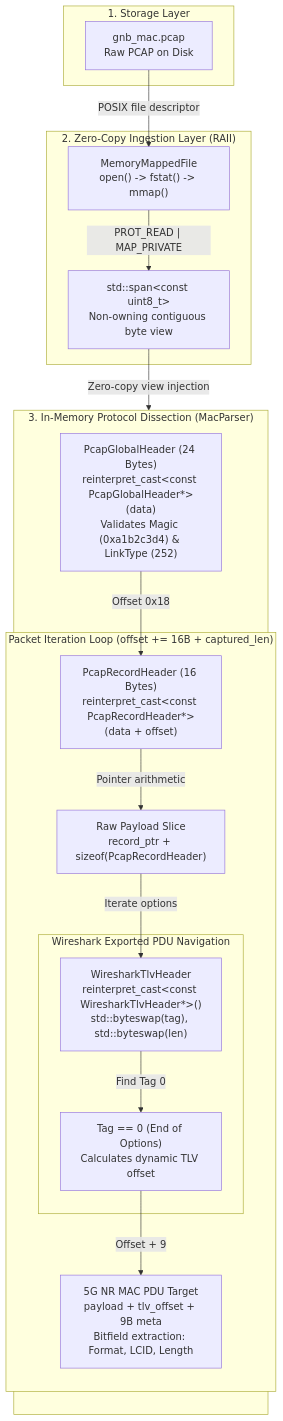
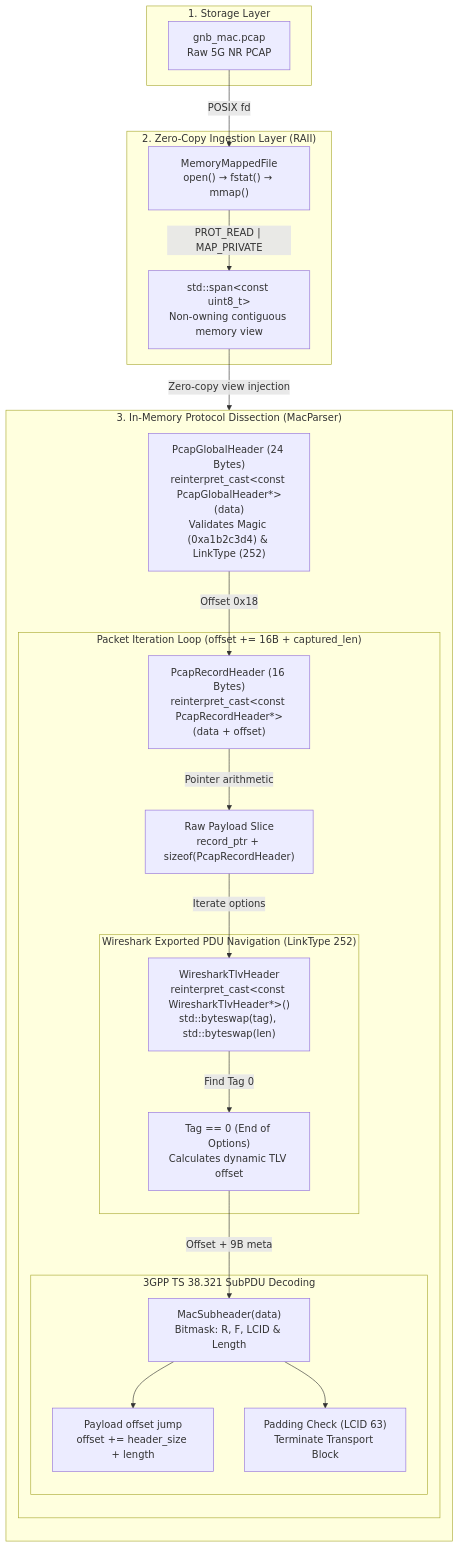
The first of 2 diagrams in README.md (sedatsan/5G_FastPacketParser), drawn with Mermaid before and after one commit. The commit also changed other lines of this file and 2 other files, not shown here.

First line of the commit message:
docs: finalize README with microbenchmarks, GTest, CI and roadmap

````diff
--- a/README.md
+++ b/README.md
@@ -11,37 +34,43 @@
 ```mermaid
 flowchart TD
     subgraph Disk ["1. Storage Layer"]
-        FILE["gnb_mac.pcap<br/>Raw PCAP on Disk"]
+        FILE["gnb_mac.pcap<br/>Raw 5G NR PCAP"]
     end
 
     subgraph Ingestion ["2. Zero-Copy Ingestion Layer (RAII)"]
-        MMF["MemoryMappedFile<br/>open() -> fstat() -> mmap()"]
-        SPAN["std::span&lt;const uint8_t&gt;<br/>Non-owning contiguous byte view"]
+        MMF["MemoryMappedFile<br/>open() &rarr; fstat() &rarr; mmap()"]
+        SPAN["std::span&lt;const uint8_t&gt;<br/>Non-owning contiguous memory view"]
     end
 
     subgraph Parsing ["3. In-Memory Protocol Dissection (MacParser)"]
         direction TB
         GH["PcapGlobalHeader (24 Bytes)<br/>reinterpret_cast&lt;const PcapGlobalHeader*&gt;(data)<br/>Validates Magic (0xa1b2c3d4) & LinkType (252)"]
         
         subgraph RecordLoop ["Packet Iteration Loop (offset += 16B + captured_len)"]
             RH["PcapRecordHeader (16 Bytes)<br/>reinterpret_cast&lt;const PcapRecordHeader*&gt;(data + offset)"]
             PAYLOAD["Raw Payload Slice<br/>record_ptr + sizeof(PcapRecordHeader)"]
             
-            subgraph TLVLoop ["Wireshark Exported PDU Navigation"]
+            subgraph TLVLoop ["Wireshark Exported PDU Navigation (LinkType 252)"]
                 TLV["WiresharkTlvHeader<br/>reinterpret_cast&lt;const WiresharkTlvHeader*&gt;()<br/>std::byteswap(tag), std::byteswap(len)"]
                 END_TAG["Tag == 0 (End of Options)<br/>Calculates dynamic TLV offset"]
             end
             
-            MAC_PDU["5G NR MAC PDU Target<br/>payload + tlv_offset + 9B meta<br/>Bitfield extraction: Format, LCID, Length"]
+            subgraph SubPDULoop ["3GPP TS 38.321 SubPDU Decoding"]
+                SUBHDR["MacSubheader(data)<br/>Bitmask: R, F, LCID & Length"]
+                PAYLOAD_STEP["Payload offset jump<br/>offset += header_size + length"]
+                PADDING["Padding Check (LCID 63)<br/>Terminate Transport Block"]
+            end
         end
     end
 
-    FILE -->|"POSIX file descriptor"| MMF
+    FILE -->|"POSIX fd"| MMF
     MMF -->|"PROT_READ | MAP_PRIVATE"| SPAN
     SPAN -->|"Zero-copy view injection"| GH
     GH -->|"Offset 0x18"| RH
     RH -->|"Pointer arithmetic"| PAYLOAD
     PAYLOAD -->|"Iterate options"| TLV
     TLV -->|"Find Tag 0"| END_TAG
-    END_TAG -->|"Offset + 9"| MAC_PDU
+    END_TAG -->|"Offset + 9B meta"| SUBHDR
+    SUBHDR --> PAYLOAD_STEP
+    SUBHDR --> PADDING
 ```
````
